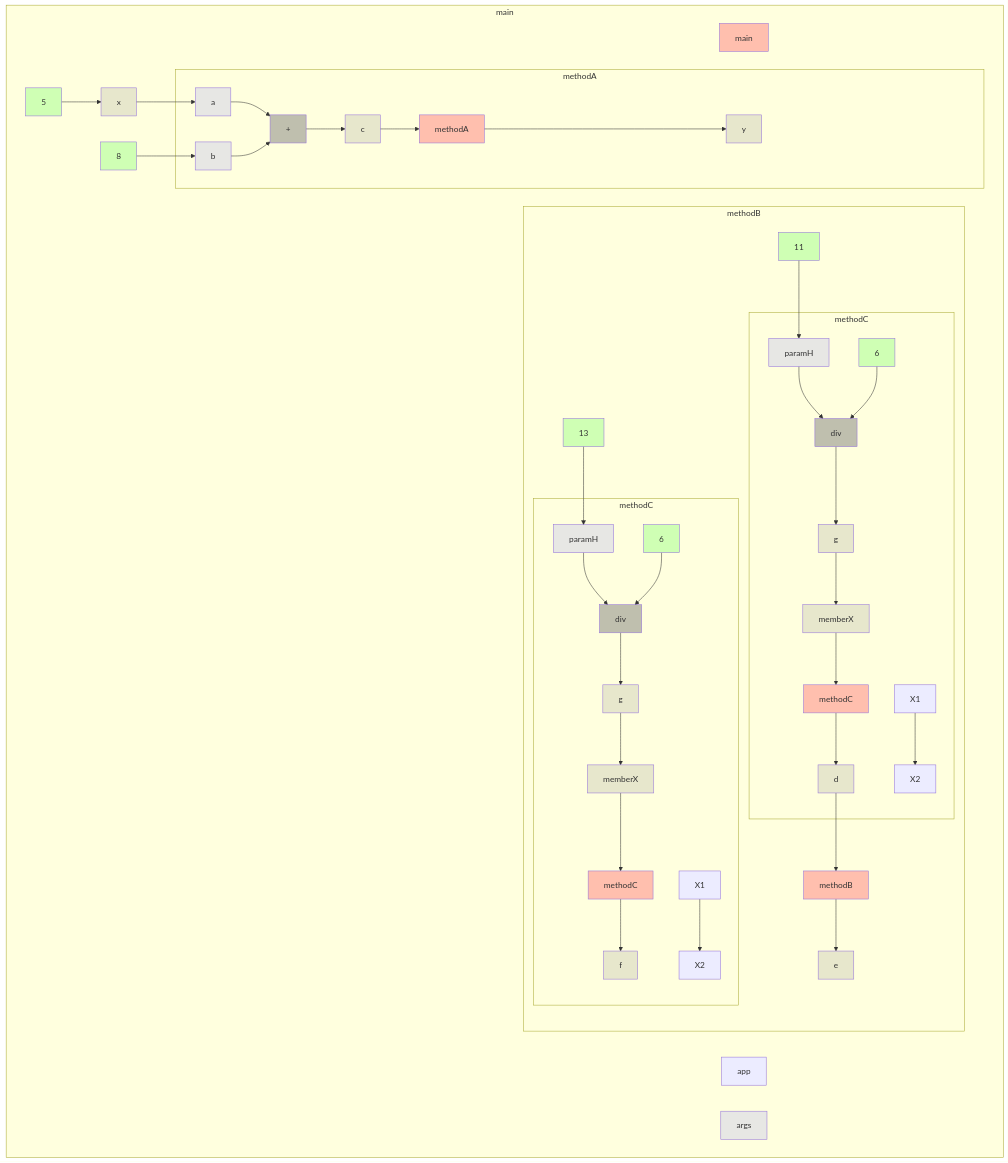
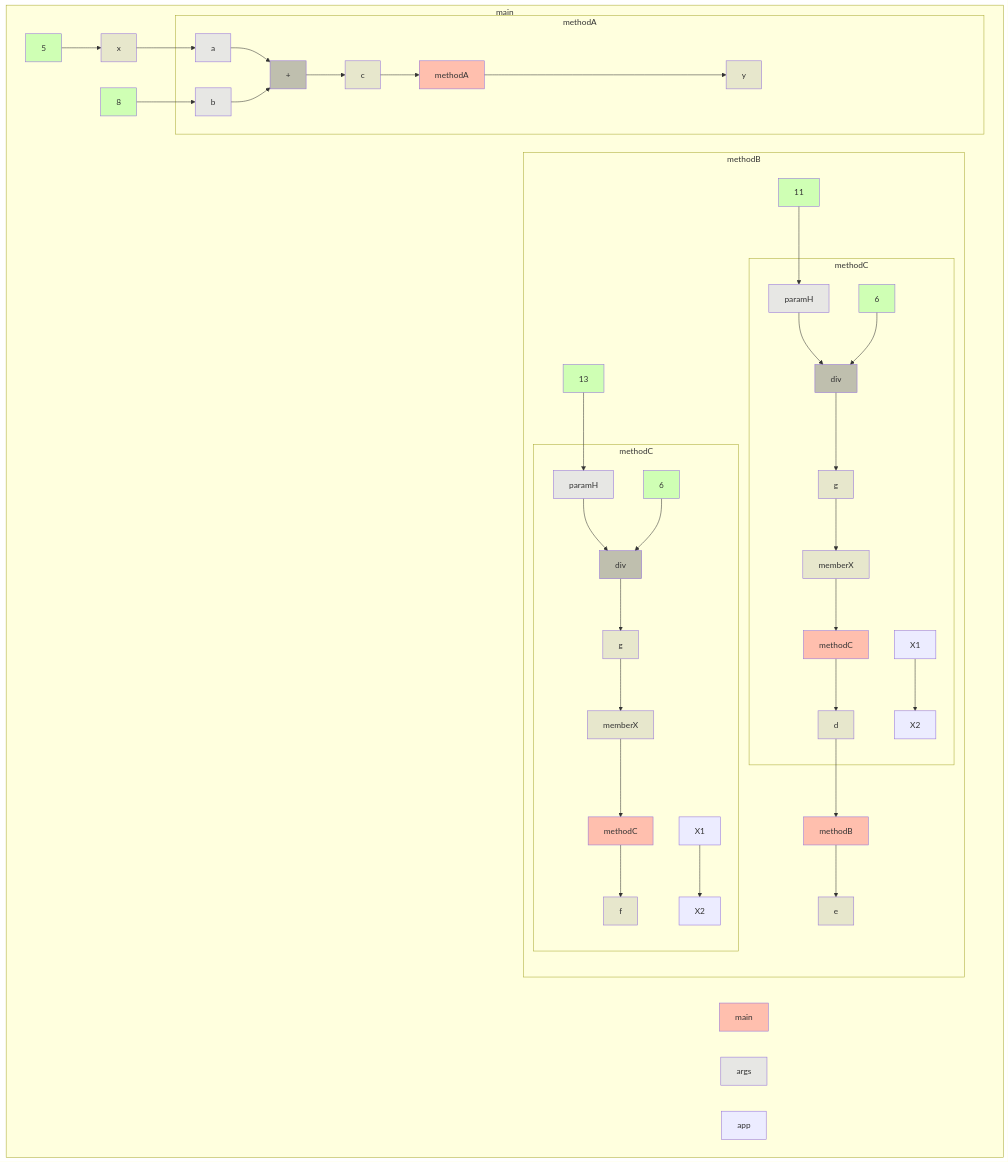
The diagram in app/src/test/resources/funcCall/truth.md (gstiebler/codeflow), drawn with Mermaid before and after one commit. The commit also changed 22 other files, not shown here.

````diff
--- a/app/src/test/resources/funcCall/truth.md
+++ b/app/src/test/resources/funcCall/truth.md
@@ -1,79 +1,79 @@
 ```mermaid
 flowchart TD
-  subgraph 4309014["main"]
-    -1177365738[x]:::VARIABLE
-    -1177362286[5]:::LITERAL
-    -1177337819[y]:::VARIABLE
-    -1177311145[8]:::LITERAL
-    -1177277610[e]:::VARIABLE
-    -1175662633[app]:::OBJ_VARIABLE
-    -1126409814[args]:::FUNC_PARAM
-    56853577[main]:::RETURN
-    -1177365738[x]:::VARIABLE --> 11588793[a]:::FUNC_PARAM
-    -1177362286[5]:::LITERAL --> -1177365738[x]:::VARIABLE
-    -1177311145[8]:::LITERAL --> 11590798[b]:::FUNC_PARAM
-    subgraph -607755091["methodA"]
-      11588793[a]:::FUNC_PARAM
-      11590798[b]:::FUNC_PARAM
-      11616637[c]:::VARIABLE
-      11619625[+]:::BIN_OP
-      15066746251[methodA]:::RETURN
-      11588793[a]:::FUNC_PARAM --> 11619625[+]:::BIN_OP
-      11590798[b]:::FUNC_PARAM --> 11619625[+]:::BIN_OP
-      11616637[c]:::VARIABLE --> 15066746251[methodA]:::RETURN
-      11619625[+]:::BIN_OP --> 11616637[c]:::VARIABLE
-      15066746251[methodA]:::RETURN --> -1177337819[y]:::VARIABLE
+  subgraph b0["main"]
+    n1[main]:::RETURN
+    n2[args]:::FUNC_PARAM
+    n3[x]:::VARIABLE
+    n4[5]:::LITERAL
+    n5[y]:::VARIABLE
+    n6[8]:::LITERAL
+    n13[app]:::OBJ_VARIABLE
+    n14[e]:::VARIABLE
+    n3[x]:::VARIABLE --> n9[a]:::FUNC_PARAM
+    n4[5]:::LITERAL --> n3[x]:::VARIABLE
+    n6[8]:::LITERAL --> n10[b]:::FUNC_PARAM
+    subgraph b7["methodA"]
+      n8[methodA]:::RETURN
+      n9[a]:::FUNC_PARAM
+      n10[b]:::FUNC_PARAM
+      n11[c]:::VARIABLE
+      n12[+]:::BIN_OP
+      n8[methodA]:::RETURN --> n5[y]:::VARIABLE
+      n9[a]:::FUNC_PARAM --> n12[+]:::BIN_OP
+      n10[b]:::FUNC_PARAM --> n12[+]:::BIN_OP
+      n11[c]:::VARIABLE --> n8[methodA]:::RETURN
+      n12[+]:::BIN_OP --> n11[c]:::VARIABLE
     end
-    subgraph -605583820["methodB"]
-      13501146[d]:::VARIABLE
-      13530101[f]:::VARIABLE
-      13551082[11]:::LITERAL
-      13580037[13]:::LITERAL
-      15066804951[methodB]:::RETURN
-      13501146[d]:::VARIABLE --> 15066804951[methodB]:::RETURN
-      13551082[11]:::LITERAL --> -18649270098[paramH]:::FUNC_PARAM
-      13580037[13]:::LITERAL --> -18648373547[paramH]:::FUNC_PARAM
-      15066804951[methodB]:::RETURN --> -1177277610[e]:::VARIABLE
-      subgraph 503533734["methodC"]
-        -18649270098[paramH]:::FUNC_PARAM
-        -1726965320[g]:::VARIABLE
-        -1726964109[6]:::LITERAL
-        -1726891030[X1]:::OBJ_VARIABLE
-        -1726207591[X2]:::OBJ_VARIABLE
-        -1725273956[div]:::BIN_OP
-        16144489774[memberX]:::VARIABLE
-        16257583090[methodC]:::RETURN
-        -18649270098[paramH]:::FUNC_PARAM --> -1725273956[div]:::BIN_OP
-        -1726965320[g]:::VARIABLE --> 16144489774[memberX]:::VARIABLE
-        -1726964109[6]:::LITERAL --> -1725273956[div]:::BIN_OP
-        -1726891030[X1]:::OBJ_VARIABLE --> -1726207591[X2]:::OBJ_VARIABLE
-        -1725273956[div]:::BIN_OP --> -1726965320[g]:::VARIABLE
-        16144489774[memberX]:::VARIABLE --> 16257583090[methodC]:::RETURN
-        16257583090[methodC]:::RETURN --> 13501146[d]:::VARIABLE
+    subgraph b15["methodB"]
+      n16[methodB]:::RETURN
+      n17[d]:::VARIABLE
+      n18[11]:::LITERAL
+      n28[f]:::VARIABLE
+      n29[13]:::LITERAL
+      n16[methodB]:::RETURN --> n14[e]:::VARIABLE
+      n17[d]:::VARIABLE --> n16[methodB]:::RETURN
+      n18[11]:::LITERAL --> n21[paramH]:::FUNC_PARAM
+      n29[13]:::LITERAL --> n32[paramH]:::FUNC_PARAM
+      subgraph b19["methodC"]
+        n20[methodC]:::RETURN
+        n21[paramH]:::FUNC_PARAM
+        n22[g]:::VARIABLE
+        n23[6]:::LITERAL
+        n24[div]:::BIN_OP
+        n25[X1]:::OBJ_VARIABLE
+        n26[memberX]:::VARIABLE
+        n27[X2]:::OBJ_VARIABLE
+        n20[methodC]:::RETURN --> n17[d]:::VARIABLE
+        n21[paramH]:::FUNC_PARAM --> n24[div]:::BIN_OP
+        n22[g]:::VARIABLE --> n26[memberX]:::VARIABLE
+        n23[6]:::LITERAL --> n24[div]:::BIN_OP
+        n24[div]:::BIN_OP --> n22[g]:::VARIABLE
+        n25[X1]:::OBJ_VARIABLE --> n27[X2]:::OBJ_VARIABLE
+        n26[memberX]:::VARIABLE --> n20[methodC]:::RETURN
       end
-      subgraph 504603811["methodC"]
-        -18648373547[paramH]:::FUNC_PARAM
-        -1726068769[g]:::VARIABLE
-        -1726067558[6]:::LITERAL
-        -1725994479[X1]:::OBJ_VARIABLE
-        -1725311040[X2]:::OBJ_VARIABLE
-        -1724377405[div]:::BIN_OP
-        16144518695[memberX]:::VARIABLE
-        16257612011[methodC]:::RETURN
-        -18648373547[paramH]:::FUNC_PARAM --> -1724377405[div]:::BIN_OP
-        -1726068769[g]:::VARIABLE --> 16144518695[memberX]:::VARIABLE
-        -1726067558[6]:::LITERAL --> -1724377405[div]:::BIN_OP
-        -1725994479[X1]:::OBJ_VARIABLE --> -1725311040[X2]:::OBJ_VARIABLE
-        -1724377405[div]:::BIN_OP --> -1726068769[g]:::VARIABLE
-        16144518695[memberX]:::VARIABLE --> 16257612011[methodC]:::RETURN
-        16257612011[methodC]:::RETURN --> 13530101[f]:::VARIABLE
+      subgraph b30["methodC"]
+        n31[methodC]:::RETURN
+        n32[paramH]:::FUNC_PARAM
+        n33[g]:::VARIABLE
+        n34[6]:::LITERAL
+        n35[div]:::BIN_OP
+        n36[X1]:::OBJ_VARIABLE
+        n37[memberX]:::VARIABLE
+        n38[X2]:::OBJ_VARIABLE
+        n31[methodC]:::RETURN --> n28[f]:::VARIABLE
+        n32[paramH]:::FUNC_PARAM --> n35[div]:::BIN_OP
+        n33[g]:::VARIABLE --> n37[memberX]:::VARIABLE
+        n34[6]:::LITERAL --> n35[div]:::BIN_OP
+        n35[div]:::BIN_OP --> n33[g]:::VARIABLE
+        n36[X1]:::OBJ_VARIABLE --> n38[X2]:::OBJ_VARIABLE
+        n37[memberX]:::VARIABLE --> n31[methodC]:::RETURN
       end
     end
   end
   classDef LITERAL fill:#00FF0030
   classDef VARIABLE fill:#80808030
   classDef BIN_OP fill:#80808080
   classDef FUNC_PARAM fill:#8080FF30
   classDef RETURN fill:#FF808080
   classDef EXTERNAL fill:#FFA50040
 ```
````
